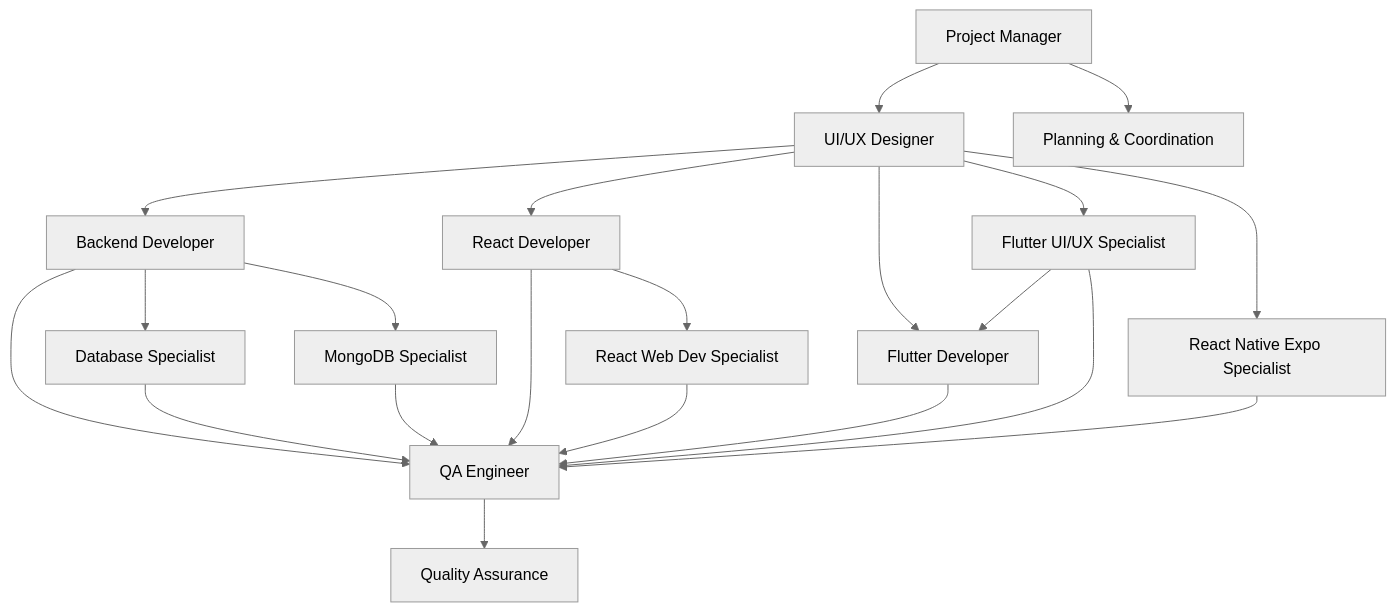
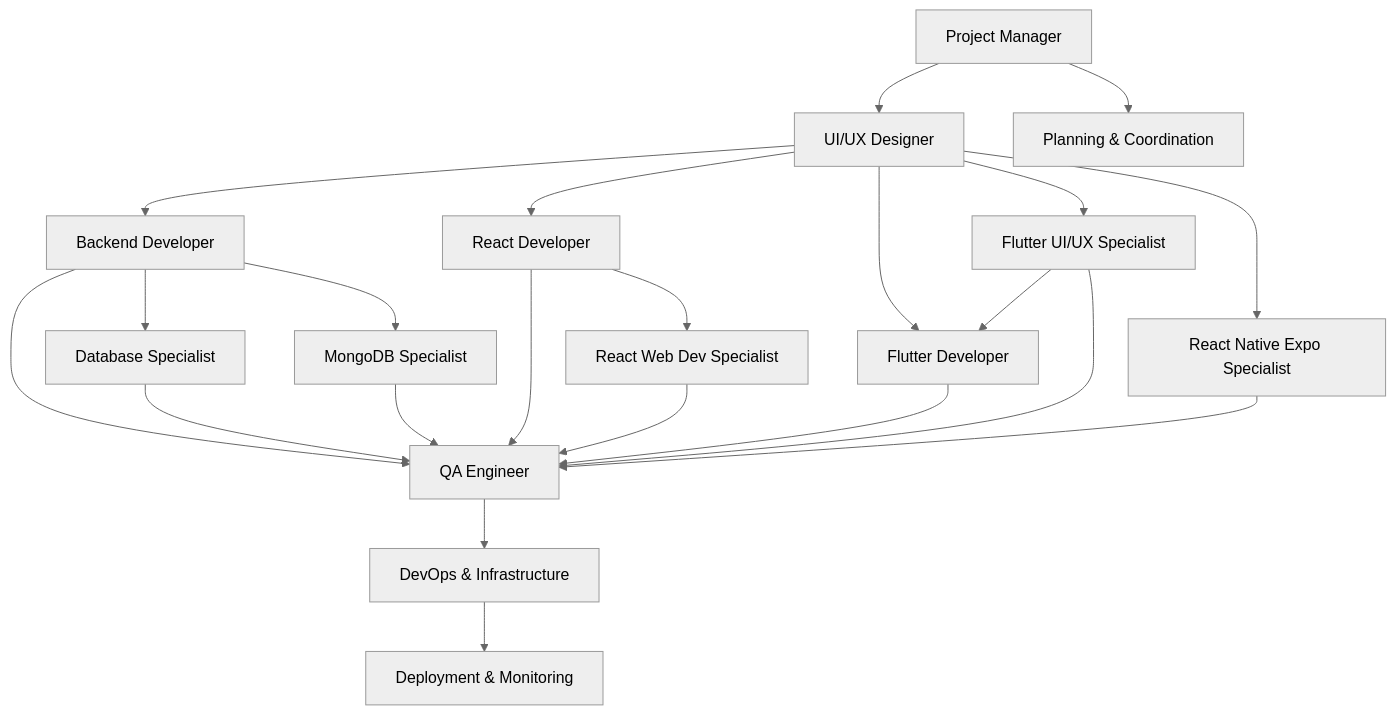
One commit to tiagofur/template-project changed the diagram in agents/README.md. Above: the diagram before and after it, drawn with Mermaid (neutral theme). The commit also changed other lines of this file and 4 other files, not shown here.

Commit message:
Add DevOps & Infrastructure Specialist Agent with full documentation

````diff
--- a/agents/README.md
+++ b/agents/README.md
@@ -64,23 +66,24 @@
 ```mermaid
 graph TD
     A[Project Manager] --> B[UI/UX Designer]
     B --> C[Backend Developer]
     C --> D[Database Specialist]
     C --> D2[MongoDB Specialist]
     B --> E[React Developer]
     E --> E2[React Web Dev Specialist]
     B --> F[Flutter Developer]
     B --> F2[Flutter UI/UX Specialist]
     B --> F3[React Native Expo Specialist]
     F2 --> F
     C --> G[QA Engineer]
     D --> G
     D2 --> G
     E --> G
     E2 --> G
     F --> G
     F2 --> G
     F3 --> G
-    A --> H[Planning & Coordination]
-    G --> I[Quality Assurance]
+    G --> H[DevOps & Infrastructure]
+    A --> I[Planning & Coordination]
+    H --> J[Deployment & Monitoring]
 ```
````
